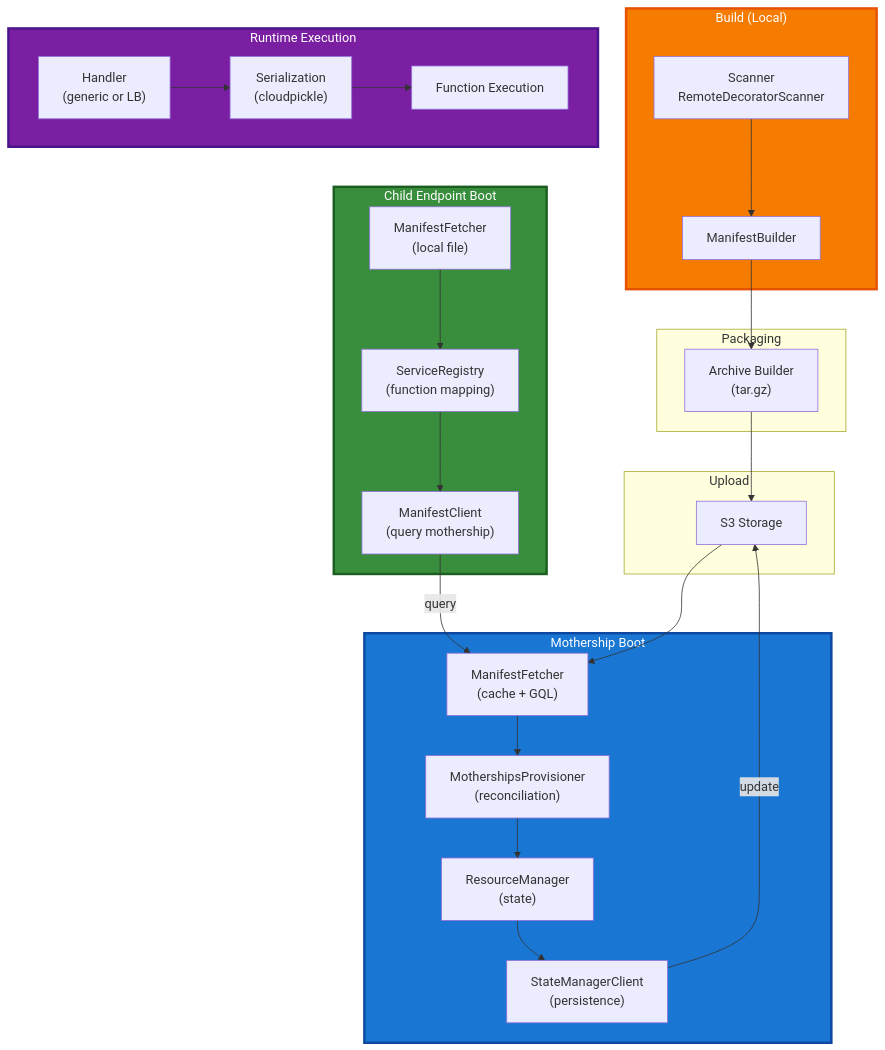
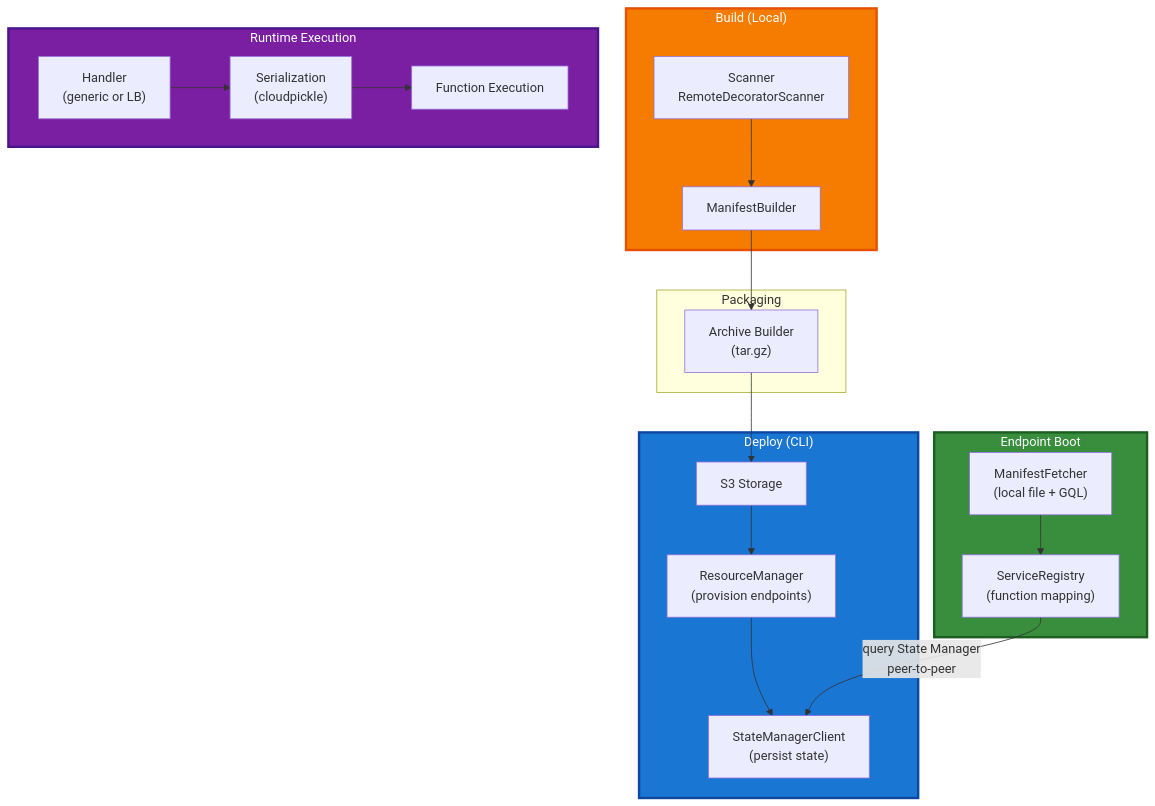
One commit to runpod/flash changed the sixth of 8 diagrams in docs/Flash_Deploy_Guide.md. Above: the diagram before and after it, drawn with Mermaid. The commit also changed other lines of this file and 11 other files, not shown here.

````diff
--- a/docs/Flash_Deploy_Guide.md
+++ b/docs/Flash_Deploy_Guide.md
@@ -862,53 +798,43 @@
 ```mermaid
 graph TB
     subgraph Build["Build (Local)"]
         Scanner["Scanner<br/>RemoteDecoratorScanner"]
         ManifestB["ManifestBuilder"]
     end
 
     subgraph Packaging["Packaging"]
         Archive["Archive Builder<br/>(tar.gz)"]
     end
 
-    subgraph Upload["Upload"]
+    subgraph Deploy["Deploy (CLI)"]
         S3["S3 Storage"]
+        Provisioner["ResourceManager<br/>(provision endpoints)"]
+        StateMgr["StateManagerClient<br/>(persist state)"]
     end
 
-    subgraph MothershipBoot["Mothership Boot"]
-        Fetcher["ManifestFetcher<br/>(cache + GQL)"]
-        MProvisioner["MothershipsProvisioner<br/>(reconciliation)"]
-        ResMgr["ResourceManager<br/>(state)"]
-        StateMgr["StateManagerClient<br/>(persistence)"]
-    end
-
-    subgraph ChildBoot["Child Endpoint Boot"]
-        ChildFetcher["ManifestFetcher<br/>(local file)"]
+    subgraph EndpointBoot["Endpoint Boot"]
+        Fetcher["ManifestFetcher<br/>(local file + GQL)"]
         Registry["ServiceRegistry<br/>(function mapping)"]
-        ManifestC["ManifestClient<br/>(query mothership)"]
     end
 
     subgraph Runtime["Runtime Execution"]
         Handler["Handler<br/>(generic or LB)"]
         Serial["Serialization<br/>(cloudpickle)"]
         Exec["Function Execution"]
     end
 
     Scanner --> ManifestB
     ManifestB --> Archive
     Archive --> S3
-    S3 --> Fetcher
-    Fetcher --> MProvisioner
-    MProvisioner --> ResMgr
-    ResMgr --> StateMgr
-    StateMgr -->|update| S3
-    ChildFetcher --> Registry
-    ManifestC -->|query| Fetcher
-    Registry --> ManifestC
+    S3 --> Provisioner
+    Provisioner --> StateMgr
+    Fetcher --> Registry
+    Registry -->|query State Manager<br/>peer-to-peer| StateMgr
     Handler --> Serial
     Serial --> Exec
 
     style Build fill:#f57c00,stroke:#e65100,stroke-width:3px,color:#fff
-    style MothershipBoot fill:#1976d2,stroke:#0d47a1,stroke-width:3px,color:#fff
-    style ChildBoot fill:#388e3c,stroke:#1b5e20,stroke-width:3px,color:#fff
+    style Deploy fill:#1976d2,stroke:#0d47a1,stroke-width:3px,color:#fff
+    style EndpointBoot fill:#388e3c,stroke:#1b5e20,stroke-width:3px,color:#fff
     style Runtime fill:#7b1fa2,stroke:#4a148c,stroke-width:3px,color:#fff
 ```
````
